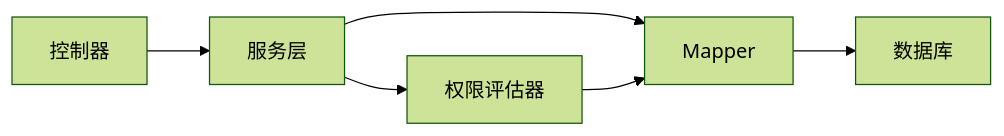
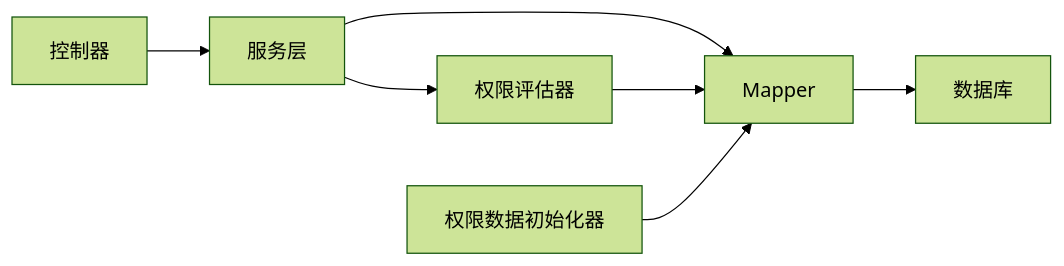
Before and after one commit to liming-lihaini/workflow: the ninth of 9 diagrams in .qoder/repowiki/zh/content/权限控制系统/RBAC权限模型.md, drawn with Mermaid (forest theme). The commit also changed other lines of this file and 9 other files, not shown here.

````diff
--- a/.qoder/repowiki/zh/content/权限控制系统/RBAC权限模型.md
+++ b/.qoder/repowiki/zh/content/权限控制系统/RBAC权限模型.md
@@ -495,8 +543,9 @@
 ```mermaid
 graph LR
 C["控制器"] --> S["服务层"]
 S --> M["Mapper"]
 S --> E["权限评估器"]
 E --> M
 M --> D["数据库"]
+PDI["权限数据初始化器"] --> M
 ```
````
